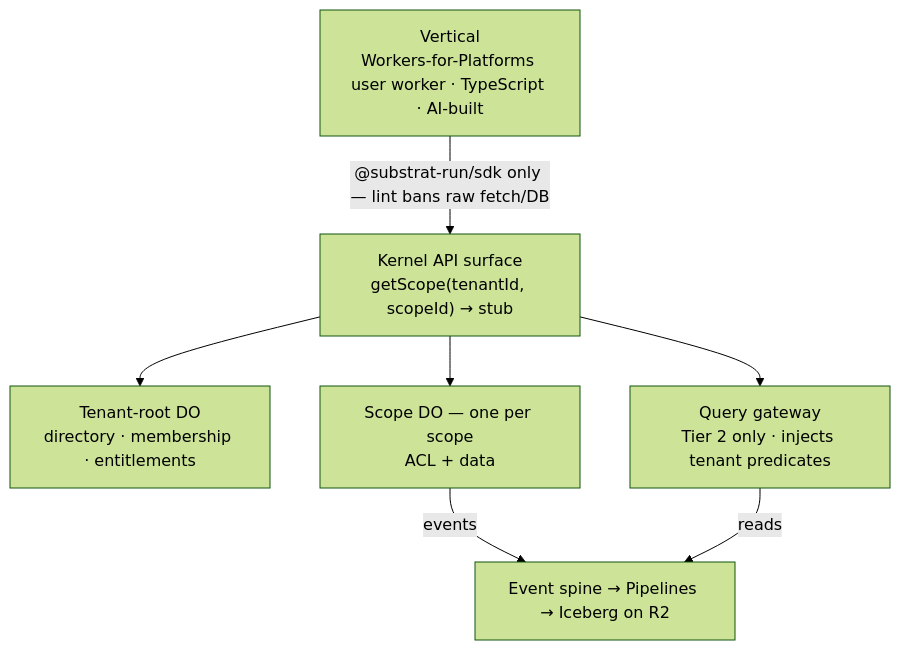
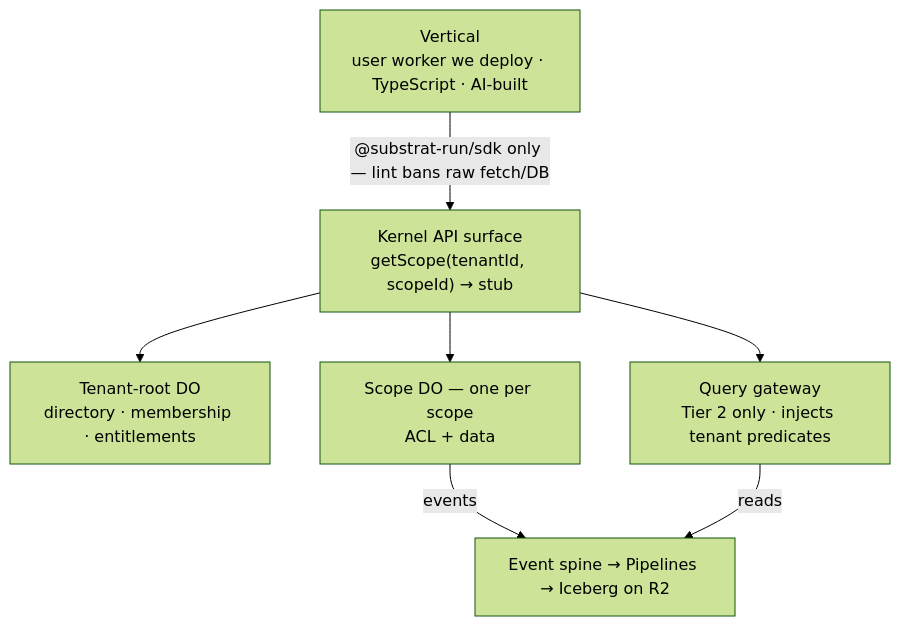
The diagram in docs/design/kernel-design.md (markusahlstrand/chassis), drawn with Mermaid (forest theme) before and after one commit. The commit also changed 5 other files, not shown here.

````diff
--- a/docs/design/kernel-design.md
+++ b/docs/design/kernel-design.md
@@ -42,16 +42,16 @@
 ```mermaid
 flowchart TB
-    V["Vertical<br/>Workers-for-Platforms user worker · TypeScript · AI-built"]
+    V["Vertical<br/>user worker we deploy · TypeScript · AI-built"]
     API["Kernel API surface<br/>getScope(tenantId, scopeId) → stub"]
     TR["Tenant-root DO<br/>directory · membership · entitlements"]
     S["Scope DO — one per scope<br/>ACL + data"]
     QG["Query gateway<br/>Tier 2 only · injects tenant predicates"]
     SPINE["Event spine → Pipelines → Iceberg on R2"]
 
     V -->|"@substrat-run/sdk only — lint bans raw fetch/DB"| API
     API --> TR
     API --> S
     API --> QG
     S -->|events| SPINE
     QG -->|reads| SPINE
 ```
````
